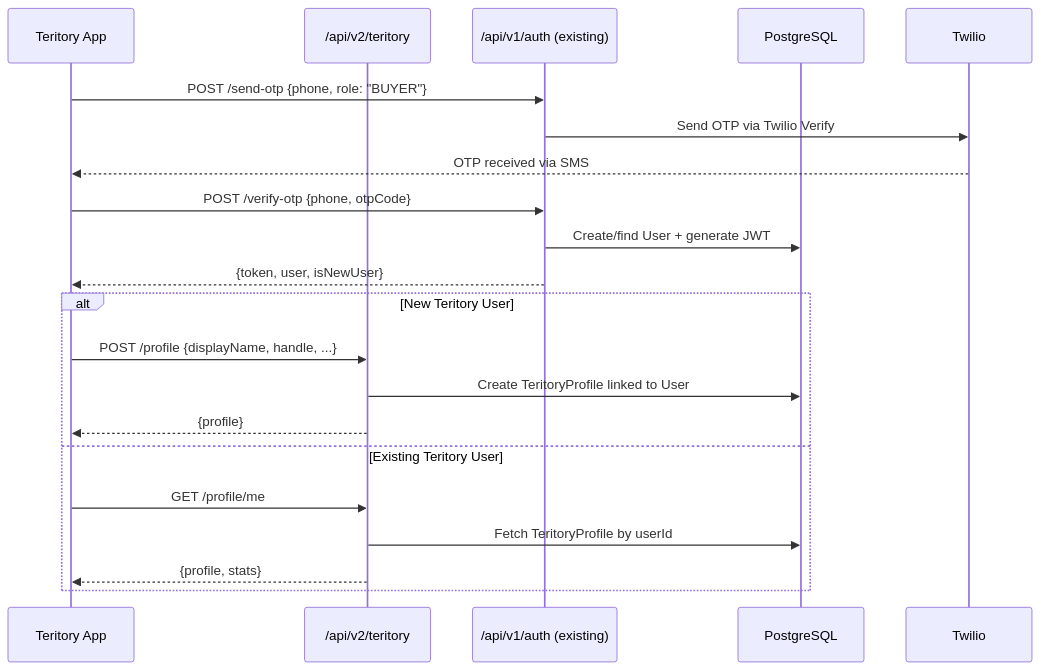
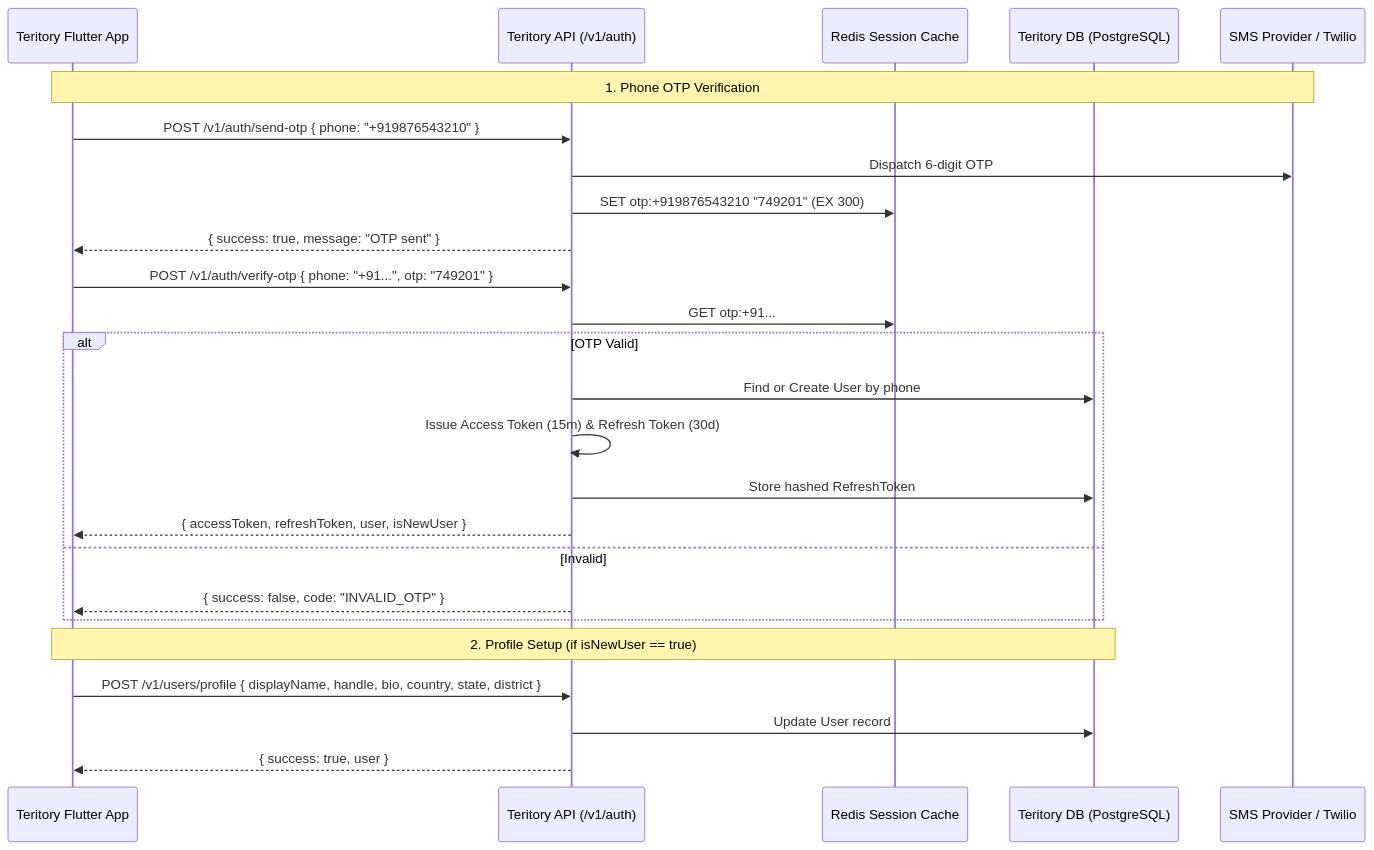
The third of 5 diagrams in teritory/docs/v2_backend_master_plan.md (otomata-in/onway-backend-api), drawn with Mermaid before and after one commit. The commit also changed other lines of this file, not shown here.

Commit message:
docs(teritory): redesign backend master plan as 100% standalone teritory-api

````diff
--- a/teritory/docs/v2_backend_master_plan.md
+++ b/teritory/docs/v2_backend_master_plan.md
@@ -775,26 +783,30 @@
 ```mermaid
 sequenceDiagram
-    participant App as Teritory App
-    participant API as /api/v2/teritory
-    participant Auth as /api/v1/auth (existing)
-    participant DB as PostgreSQL
-    participant SMS as Twilio
+    participant App as Teritory Flutter App
+    participant API as Teritory API (/v1/auth)
+    participant Redis as Redis Session Cache
+    participant DB as Teritory DB (PostgreSQL)
+    participant SMS as SMS Provider / Twilio
 
-    App->>Auth: POST /send-otp {phone, role: "BUYER"}
-    Auth->>SMS: Send OTP via Twilio Verify
-    SMS-->>App: OTP received via SMS
+    Note over App,SMS: 1. Phone OTP Verification
+    App->>API: POST /v1/auth/send-otp { phone: "+919876543210" }
+    API->>SMS: Dispatch 6-digit OTP
+    API->>Redis: SET otp:+919876543210 "749201" (EX 300)
+    API-->>App: { success: true, message: "OTP sent" }
 
-    App->>Auth: POST /verify-otp {phone, otpCode}
-    Auth->>DB: Create/find User + generate JWT
-    Auth-->>App: {token, user, isNewUser}
+    App->>API: POST /v1/auth/verify-otp { phone: "+91...", otp: "749201" }
+    API->>Redis: GET otp:+91...
+    alt OTP Valid
+        API->>DB: Find or Create User by phone
+        API->>API: Issue Access Token (15m) & Refresh Token (30d)
+        API->>DB: Store hashed RefreshToken
+        API-->>App: { accessToken, refreshToken, user, isNewUser }
+    else Invalid
+        API-->>App: { success: false, code: "INVALID_OTP" }
+    end
 
-    alt New Teritory User
-        App->>API: POST /profile {displayName, handle, ...}
-        API->>DB: Create TeritoryProfile linked to User
-        API-->>App: {profile}
-    else Existing Teritory User
-        App->>API: GET /profile/me
-        API->>DB: Fetch TeritoryProfile by userId
-        API-->>App: {profile, stats}
-    end
+    Note over App,DB: 2. Profile Setup (if isNewUser == true)
+    App->>API: POST /v1/users/profile { displayName, handle, bio, country, state, district }
+    API->>DB: Update User record
+    API-->>App: { success: true, user }
 ```
````
